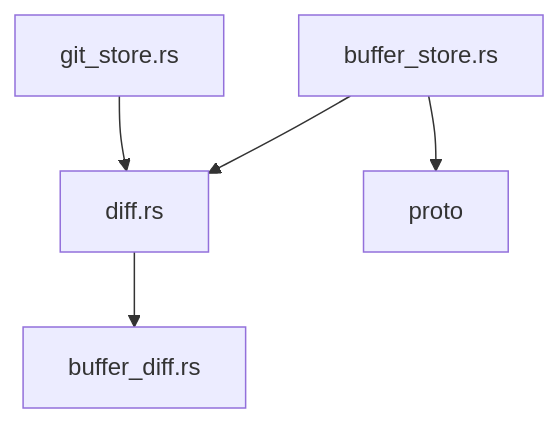
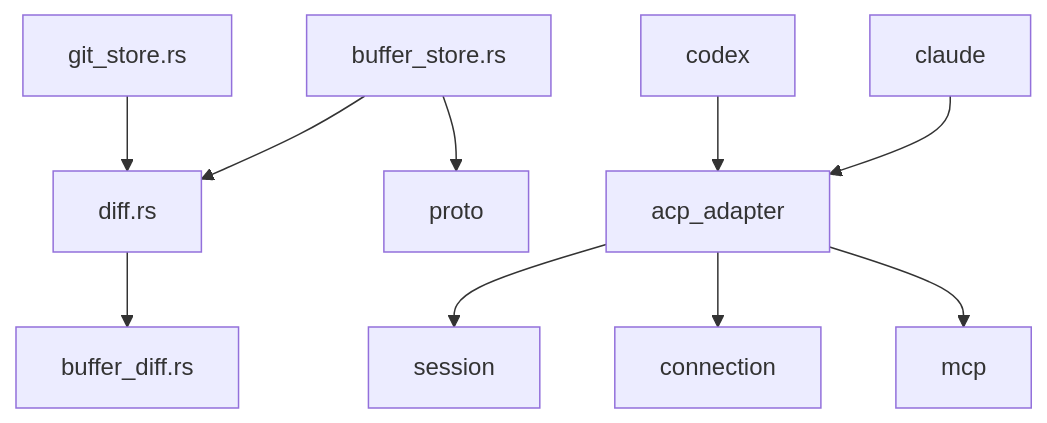
One commit to nuwax-ai/rcoder changed the sixth of 6 diagrams in .qoder/repowiki/zh/content/ACP协议实现/差分同步机制.md. Above: the diagram before and after it, drawn with Mermaid. The commit also changed other lines of this file and 85 other files, not shown here.

First line of the commit message:
refactor(acp_adapter): 重构会话管理及连接模块以替代旧实现

````diff
--- a/.qoder/repowiki/zh/content/ACP协议实现/差分同步机制.md
+++ b/.qoder/repowiki/zh/content/ACP协议实现/差分同步机制.md
@@ -159,7 +228,12 @@
 ```mermaid
 graph TD
 A[diff.rs] --> B[buffer_diff.rs]
 C[buffer_store.rs] --> A
 C --> D[proto]
 E[git_store.rs] --> A
+F[acp_adapter] --> G[session]
+F --> H[connection]
+F --> I[mcp]
+J[claude] --> F
+K[codex] --> F
 ```
````
